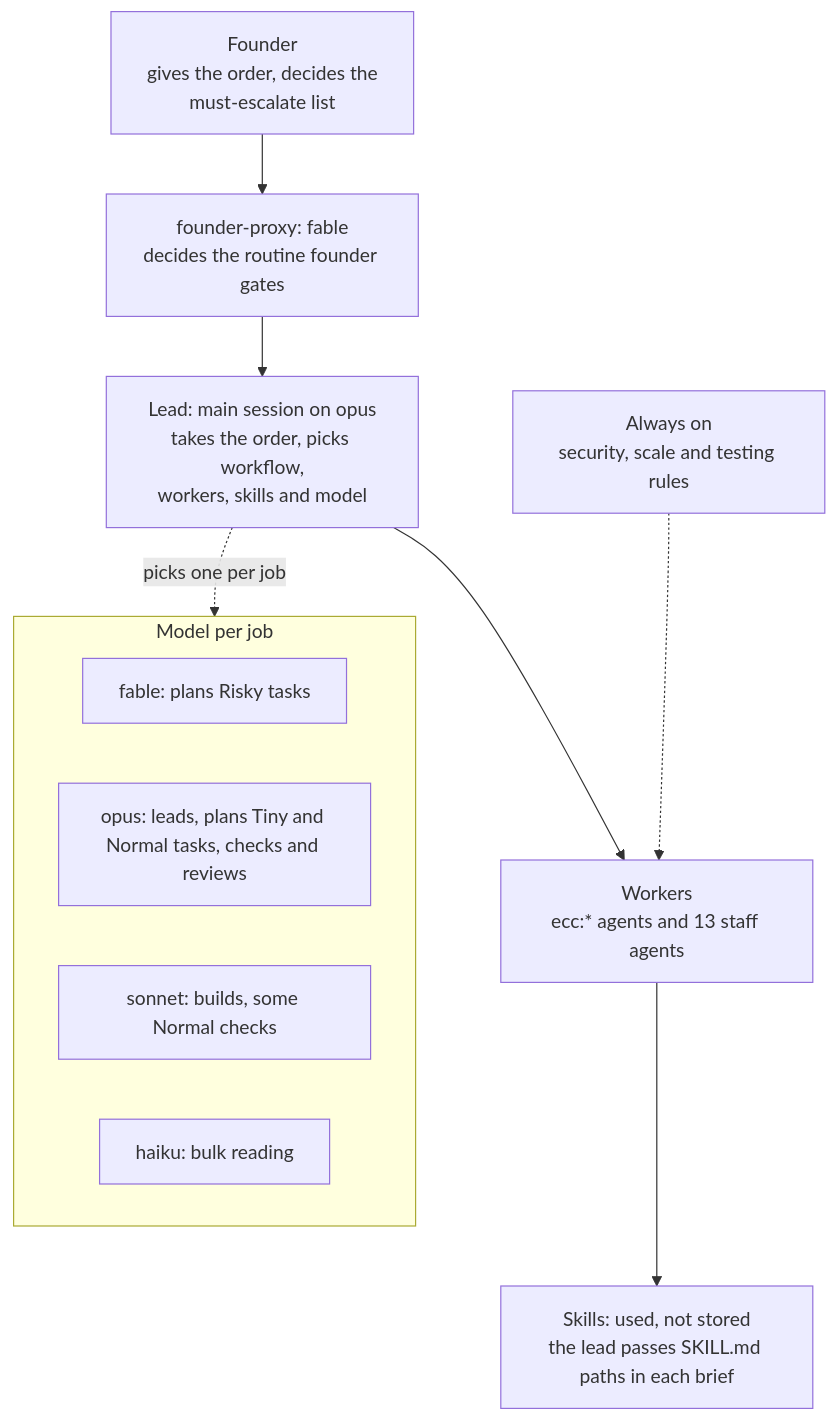
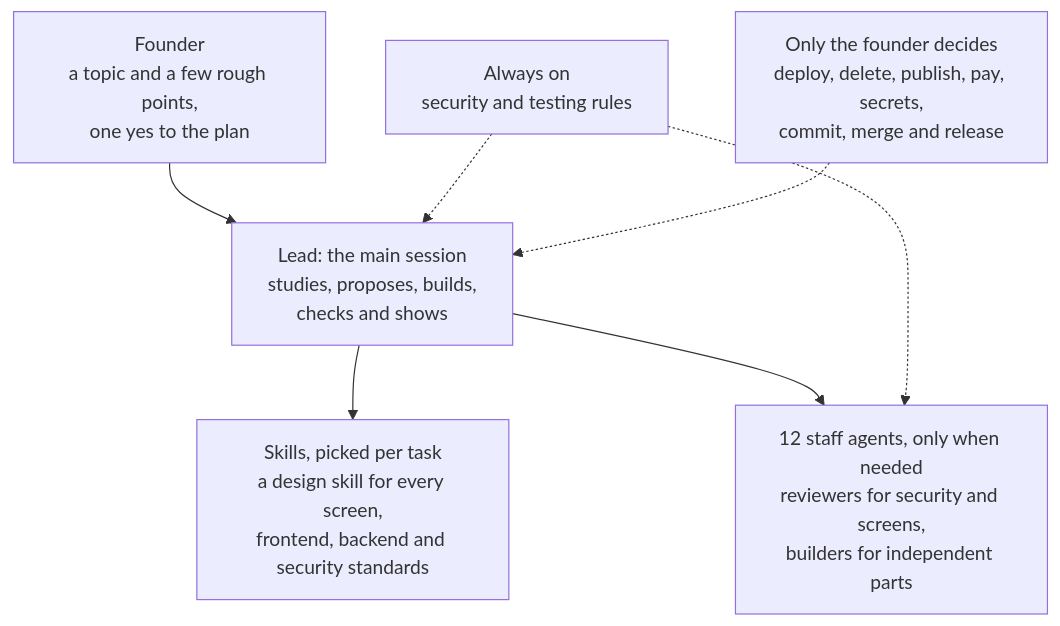
The first of 3 diagrams in README.md (LeongJinZhou/ai-company), drawn with Mermaid before and after one commit. The commit also changed other lines of this file and 17 other files, not shown here.

First line of the commit message:
feat: assistant workflow - study, one plan, build, self-check, show (#22)

````diff
--- a/README.md
+++ b/README.md
@@ -10,16 +10,9 @@
 ```mermaid
 flowchart TD
-    F["Founder<br>gives the order, decides the<br>must-escalate list"] --> FP["founder-proxy: fable<br>decides the routine founder gates"]
-    FP --> L["Lead: main session on opus<br>takes the order, picks workflow,<br>workers, skills and model"]
-    L --> W["Workers<br>ecc:* agents and 13 staff agents"]
-    W --> S["Skills: used, not stored<br>the lead passes SKILL.md paths in each brief"]
-    R["Always on<br>security, scale and testing rules"] -.-> W
-    subgraph M["Model per job"]
-        direction LR
-        M1["fable: plans Risky tasks"]
-        M2["opus: leads, plans Tiny and Normal tasks, checks and reviews"]
-        M3["sonnet: builds, some Normal checks"]
-        M4["haiku: bulk reading"]
-    end
-    L -. "picks one per job" .-> M
+    F["Founder<br>a topic and a few rough points,<br>one yes to the plan"] --> L["Lead: the main session<br>studies, proposes, builds,<br>checks and shows"]
+    L --> S["Skills, picked per task<br>a design skill for every screen,<br>frontend, backend and security standards"]
+    L --> W["12 staff agents, only when needed<br>reviewers for security and screens,<br>builders for independent parts"]
+    R["Always on<br>security and testing rules"] -.-> L
+    R -.-> W
+    D["Only the founder decides<br>deploy, delete, publish, pay, secrets,<br>commit, merge and release"] -.-> L
 ```
````
